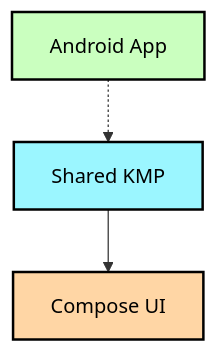
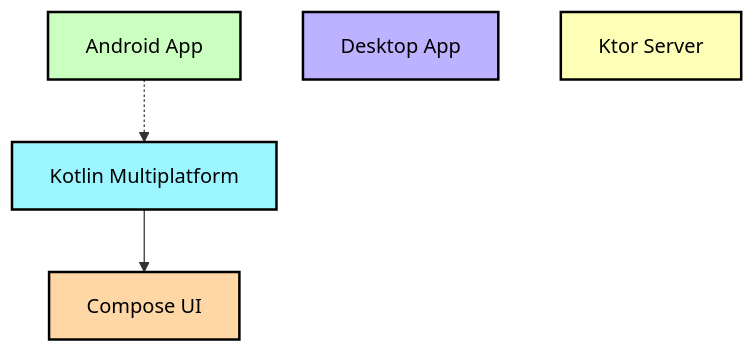
Before and after one commit to woods-marshes/chat-multiplatform: the second of 2 diagrams in core/common/README.md, drawn with Mermaid. The commit also changed other lines of this file and 26 other files, not shown here.

First line of the commit message:
build: fix module graph plugin detection and refresh READMEs

````diff
--- a/core/common/README.md
+++ b/core/common/README.md
@@ -27,14 +29,18 @@
 ```mermaid
 graph TB
-  AndroidApp[Android App]:::android-application
-  ComposeUI[Compose UI]:::compose-multiplatform
-  SharedKMP[Shared KMP]:::kotlin-multiplatform
+  AndroidApplication[Android App]:::android-application
+  DesktopApplication[Desktop App]:::desktop-application
+  ComposeMultiplatform[Compose UI]:::compose-multiplatform
+  KtorServer[Ktor Server]:::ktor-server
+  KotlinMultiplatform[Kotlin Multiplatform]:::kotlin-multiplatform
 
-  AndroidApp -.-> SharedKMP
-  SharedKMP --> ComposeUI
+  AndroidApplication -.-> KotlinMultiplatform
+  KotlinMultiplatform --> ComposeMultiplatform
 
 classDef android-application fill:#CAFFBF,stroke:#000,stroke-width:2px,color:#000;
+classDef desktop-application fill:#BDB2FF,stroke:#000,stroke-width:2px,color:#000;
 classDef compose-multiplatform fill:#FFD6A5,stroke:#000,stroke-width:2px,color:#000;
+classDef ktor-server fill:#FDFFB6,stroke:#000,stroke-width:2px,color:#000;
 classDef kotlin-multiplatform fill:#9BF6FF,stroke:#000,stroke-width:2px,color:#000;
 classDef unknown fill:#FFADAD,stroke:#000,stroke-width:2px,color:#000;
 ```
````
